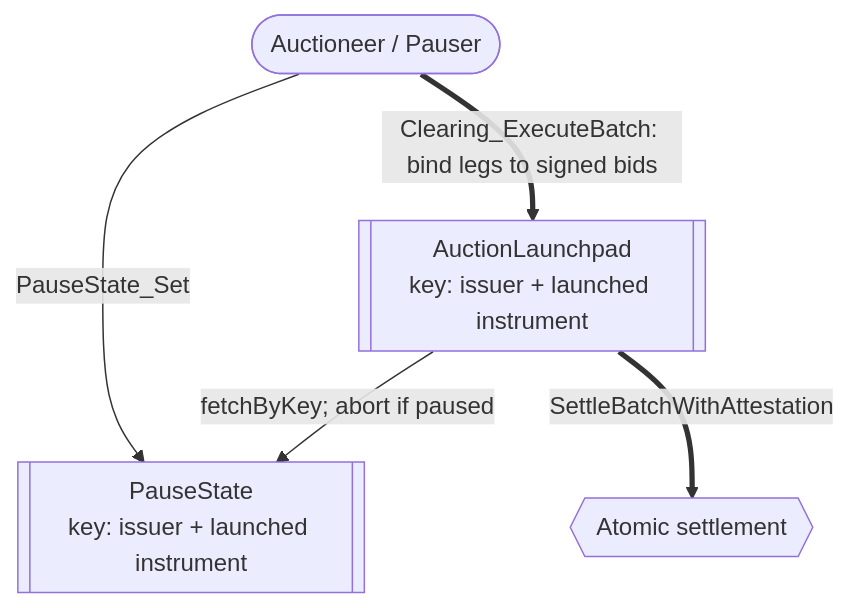
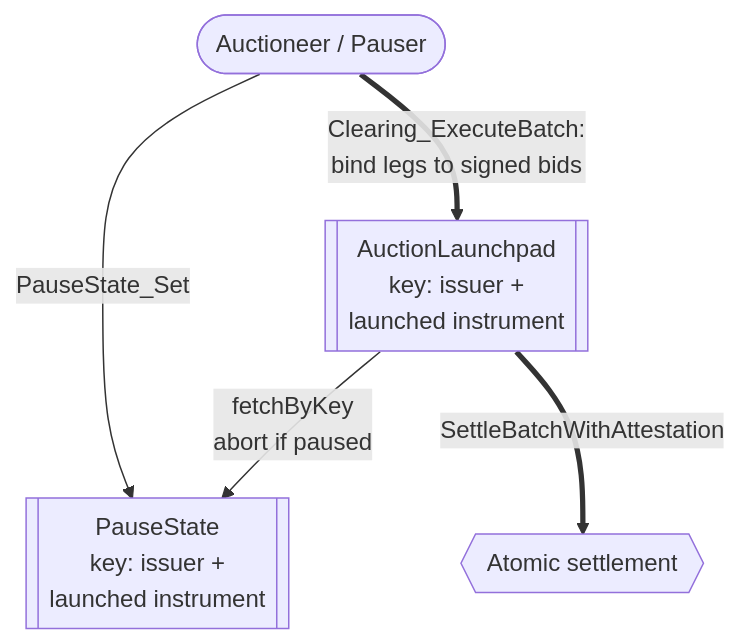
One commit to OpenZeppelin/canton-specs changed the fifth of 5 diagrams in docs/ri-reports/04-confidential-auction.md. Above: the diagram before and after it, drawn with Mermaid. The commit also changed other lines of this file, not shown here.

````diff
--- a/docs/ri-reports/04-confidential-auction.md
+++ b/docs/ri-reports/04-confidential-auction.md
@@ -243,12 +239,12 @@
 ```mermaid
 flowchart TD
     Auctioneer([Auctioneer / Pauser])
-    LP[["AuctionLaunchpad<br/>key: issuer + launched instrument"]]
-    Pause[["PauseState<br/>key: issuer + launched instrument"]]
+    LP[["AuctionLaunchpad<br/>key: issuer +<br/>launched instrument"]]
+    Pause[["PauseState<br/>key: issuer +<br/>launched instrument"]]
     Settle{{Atomic settlement}}
 
     Auctioneer -->|"PauseState_Set"| Pause
-    Auctioneer ==>|"Clearing_ExecuteBatch: bind legs to signed bids"| LP
-    LP -->|"fetchByKey; abort if paused"| Pause
+    Auctioneer ==>|"Clearing_ExecuteBatch:<br/>bind legs to signed bids"| LP
+    LP -->|"fetchByKey<br/>abort if paused"| Pause
     LP ==>|"SettleBatchWithAttestation"| Settle
 ```
````
